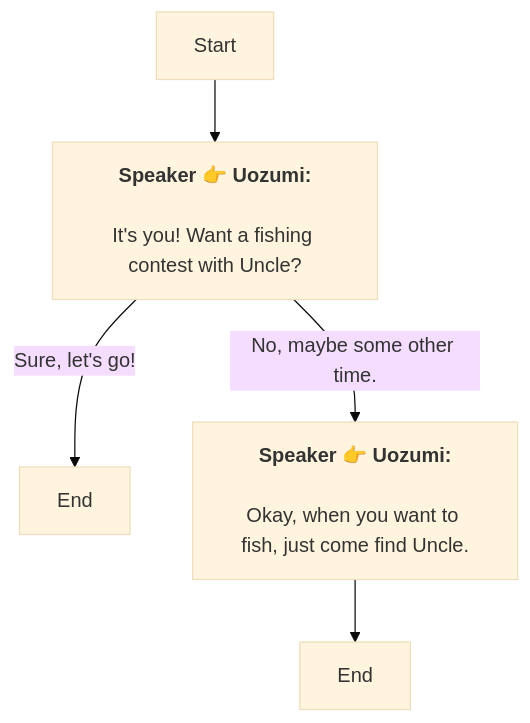
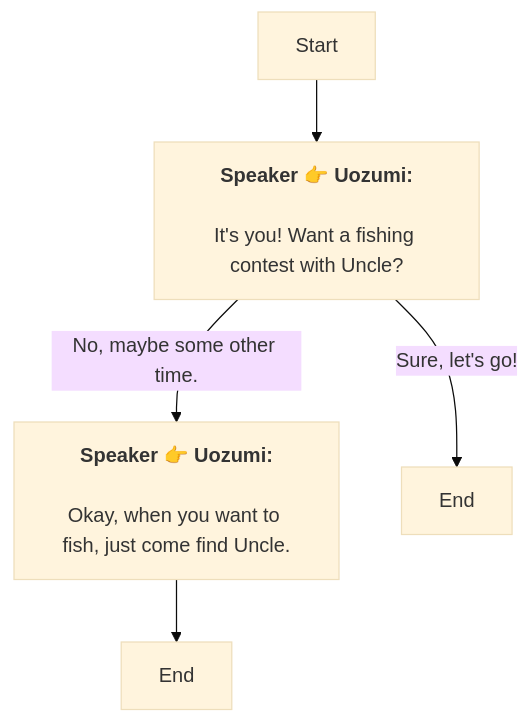
The diagram in En/QuestTalkObjectiveNode_1754464098372141.md (SoftHu/tos_avg), drawn with Mermaid (base theme) before and after one commit. The commit also changed other lines of this file and 780 other files, not shown here.

````diff
--- a/En/QuestTalkObjectiveNode_1754464098372141.md
+++ b/En/QuestTalkObjectiveNode_1754464098372141.md
@@ -1,10 +1,10 @@
 ```mermaid
 graph
 Start -->1754467395861049[<b>Speaker 👉 Uozumi:</b>
 \nIt's you! Want a fishing contest with Uncle?]
-1754467395861049 -->|Sure, let's go!|1754467395861053[End]
 1754467395861049 -->|No, maybe some other time.|1754467395861054[<b>Speaker 👉 Uozumi:</b>
 \nOkay, when you want to fish, just come find Uncle.]
+1754467395861049 -->|Sure, let's go!|1754467395861053[End]
 1754467395861054 -->1754467395861055[End]
 
 ```
````
